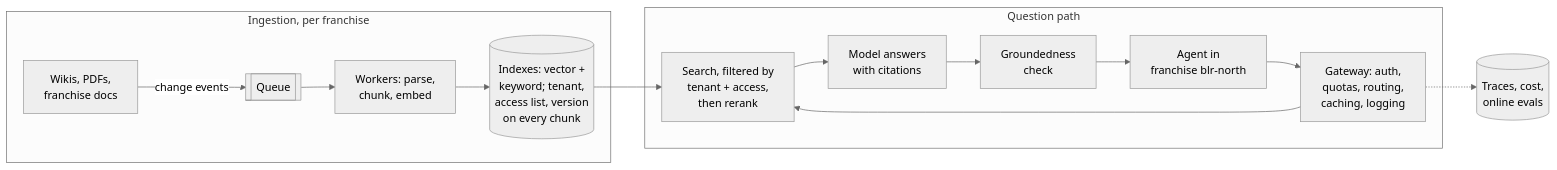
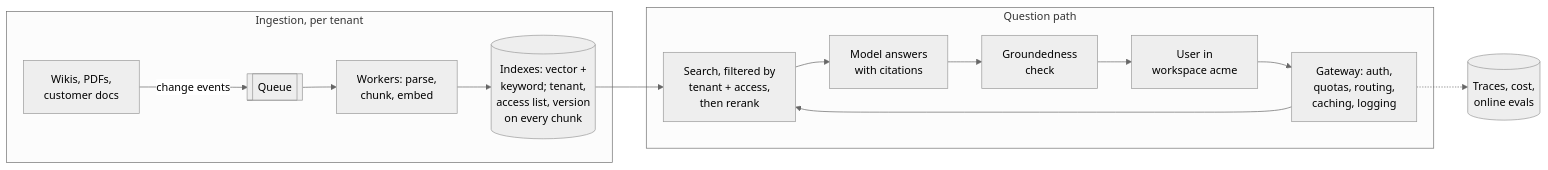
One commit to shubamchaudhary/CodeNITW changed the fourth of 9 diagrams in src/Data/aiStackDocs/CH-10.md. Above: the diagram before and after it, drawn with Mermaid (neutral theme). The commit also changed other lines of this file and 32 other files, not shown here.

````diff
--- a/src/Data/aiStackDocs/CH-10.md
+++ b/src/Data/aiStackDocs/CH-10.md
@@ -70,17 +70,17 @@
 ```mermaid
 flowchart LR
-    subgraph INGEST["Ingestion, per franchise"]
-        SRC["Wikis, PDFs,<br/>franchise docs"] -->|"change events"| Q[["Queue"]]
+    subgraph INGEST["Ingestion, per tenant"]
+        SRC["Wikis, PDFs,<br/>customer docs"] -->|"change events"| Q[["Queue"]]
         Q --> W["Workers: parse,<br/>chunk, embed"]
         W --> IDX[("Indexes: vector +<br/>keyword; tenant,<br/>access list, version<br/>on every chunk")]
     end
     subgraph SERVE["Question path"]
-        AG["Agent in<br/>franchise blr-north"] --> GW["Gateway: auth,<br/>quotas, routing,<br/>caching, logging"]
+        AG["User in<br/>workspace acme"] --> GW["Gateway: auth,<br/>quotas, routing,<br/>caching, logging"]
         GW --> RET["Search, filtered by<br/>tenant + access,<br/>then rerank"]
         RET --> LLM["Model answers<br/>with citations"]
         LLM --> CHK["Groundedness<br/>check"]
         CHK --> AG
     end
     IDX --> RET
     GW -.-> OBS[("Traces, cost,<br/>online evals")]
 ```
````
